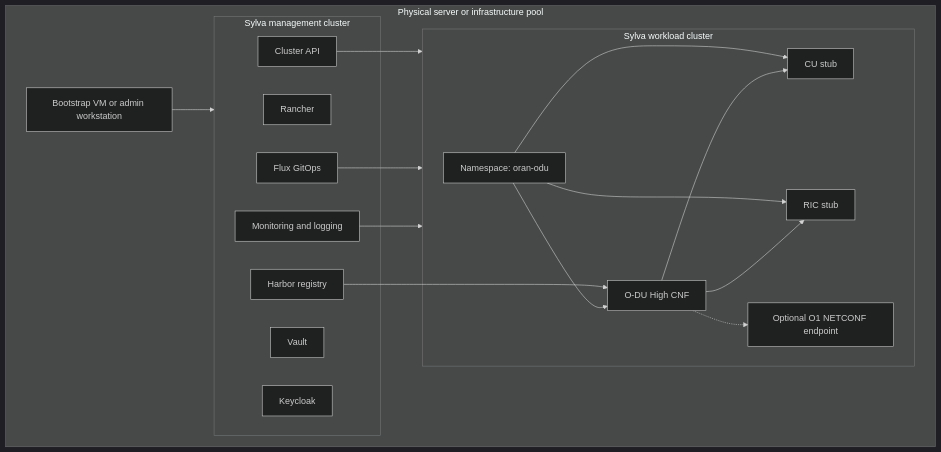
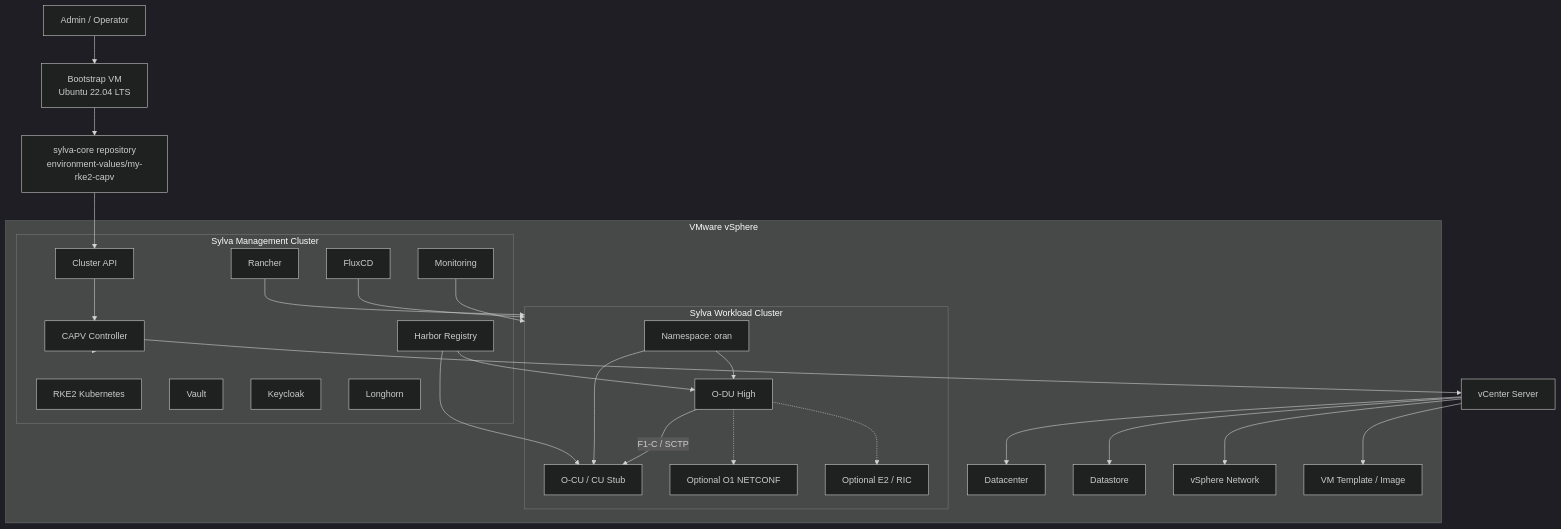
Before and after one commit to mohammedelnageb/Sylva_OIE_Project: the second of 4 diagrams in docs/architecture.md, drawn with Mermaid (dark theme). The commit also changed other lines of this file and 1 other file, not shown here.

Commit message:
Add workflow and architecture diagrams

````diff
--- a/docs/architecture.md
+++ b/docs/architecture.md
@@ -16,36 +34,56 @@
 ```mermaid
 flowchart TB
-    subgraph physical["Physical server or infrastructure pool"]
-        bootstrap["Bootstrap VM or admin workstation"]
+    admin["Admin / Operator"]
+    bootstrap["Bootstrap VM<br/>Ubuntu 22.04 LTS"]
+    git["sylva-core repository<br/>environment-values/my-rke2-capv"]
+    vcenter["vCenter Server"]
 
-        subgraph management["Sylva management cluster"]
+    subgraph vmware["VMware vSphere"]
+        dc["Datacenter"]
+        ds["Datastore"]
+        net["vSphere Network"]
+        image["VM Template / Image"]
+
+        subgraph mgmt["Sylva Management Cluster"]
+            rke2["RKE2 Kubernetes"]
             rancher["Rancher"]
             capi["Cluster API"]
-            flux["Flux GitOps"]
-            harbor["Harbor registry"]
+            capv["CAPV Controller"]
+            flux["FluxCD"]
+            harbor["Harbor Registry"]
             vault["Vault"]
             keycloak["Keycloak"]
-            monitoring["Monitoring and logging"]
+            longhorn["Longhorn"]
+            monitoring["Monitoring"]
         end
 
-        subgraph workload["Sylva workload cluster"]
-            ns["Namespace: oran-odu"]
-            odu["O-DU High CNF"]
-            cu["CU stub"]
-            ric["RIC stub"]
-            o1["Optional O1 NETCONF endpoint"]
+        subgraph workload["Sylva Workload Cluster"]
+            ns["Namespace: oran"]
+            ocu["O-CU / CU Stub"]
+            odu["O-DU High"]
+            o1["Optional O1 NETCONF"]
+            e2["Optional E2 / RIC"]
         end
     end
 
-    bootstrap --> management
-    capi --> workload
+    admin --> bootstrap
+    bootstrap --> git
+    git --> capi
+    capi --> capv
+    capv --> vcenter
+    vcenter --> dc
+    vcenter --> ds
+    vcenter --> net
+    vcenter --> image
+    capv --> mgmt
+    rancher --> workload
     flux --> workload
+    harbor --> ocu
     harbor --> odu
+    ns --> ocu
     ns --> odu
-    ns --> cu
-    ns --> ric
-    odu --> cu
-    odu --> ric
+    odu -->|"F1-C / SCTP"| ocu
     odu -.-> o1
+    odu -.-> e2
     monitoring --> workload
 ```
````
